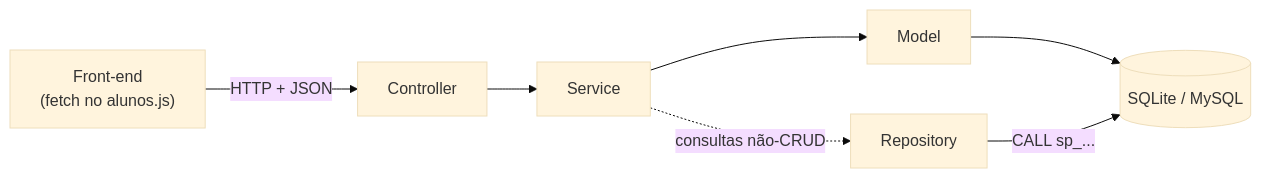
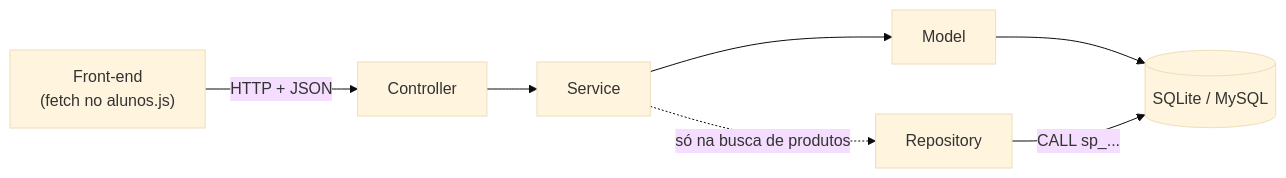
Before and after one commit to davimoraes678/Projeto-Cantina: the first of 2 diagrams in backend/README.md, drawn with Mermaid (base theme). The commit also changed other lines of this file and 66 other files, not shown here.

````diff
--- a/backend/README.md
+++ b/backend/README.md
@@ -20,9 +19,9 @@
 ```mermaid
 flowchart LR
     F["Front-end<br/>(fetch no alunos.js)"] -->|"HTTP + JSON"| C["Controller"]
     C --> S["Service"]
     S --> M["Model"]
-    S -.->|"consultas não-CRUD"| R["Repository"]
+    S -.->|"só na busca de produtos"| R["Repository"]
     M --> DB[("SQLite / MySQL")]
     R -->|"CALL sp_..."| DB
 ```
````
